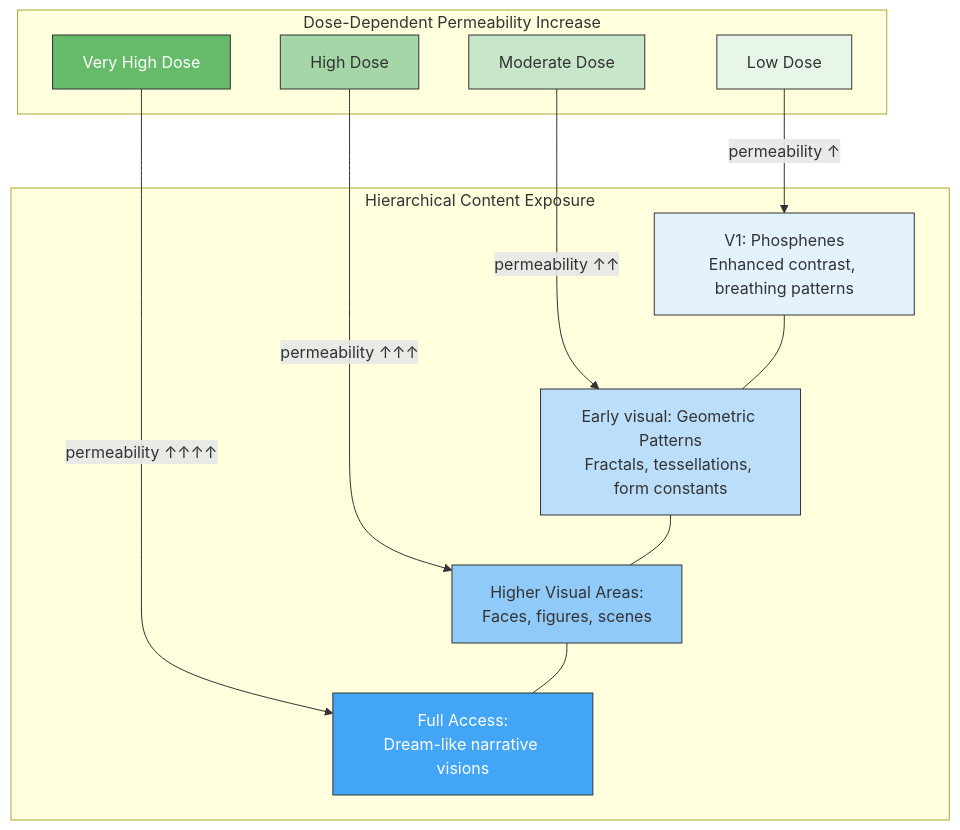
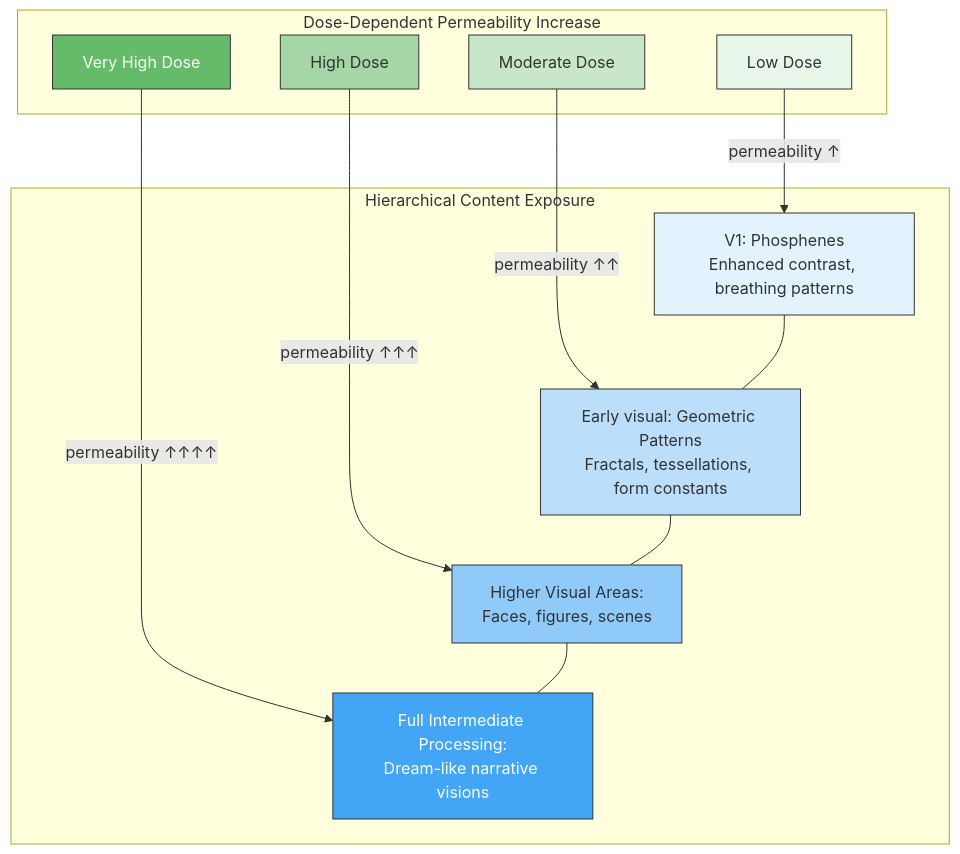
One commit to JeltzProstetnic/aIware changed the diagram in wiki/phenomena/psychedelics.md. Above: the diagram before and after it, drawn with Mermaid. The commit also changed other lines of this file and 489 other files, not shown here.

````diff
--- a/wiki/phenomena/psychedelics.md
+++ b/wiki/phenomena/psychedelics.md
@@ -30,34 +30,34 @@
 ```mermaid
 graph TD
     subgraph "Dose-Dependent Permeability Increase"
         D1["Low Dose"]
         D2["Moderate Dose"]
         D3["High Dose"]
         D4["Very High Dose"]
     end
 
     subgraph "Hierarchical Content Exposure"
         V1["V1: Phosphenes\nEnhanced contrast, breathing patterns"]
         V23["Early visual: Geometric Patterns\nFractals, tessellations, form constants"]
         HV["Higher Visual Areas:\nFaces, figures, scenes"]
-        FULL["Full Access:\nDream-like narrative visions"]
+        FULL["Full Intermediate Processing:\nDream-like narrative visions"]
     end
 
     D1 -->|"permeability ↑"| V1
     D2 -->|"permeability ↑↑"| V23
     D3 -->|"permeability ↑↑↑"| HV
     D4 -->|"permeability ↑↑↑↑"| FULL
 
     V1 --- V23
     V23 --- HV
     HV --- FULL
 
     style D1 fill:#E8F5E9,stroke:#333
     style D2 fill:#C8E6C9,stroke:#333
     style D3 fill:#A5D6A7,stroke:#333
     style D4 fill:#66BB6A,stroke:#333,color:#fff
     style V1 fill:#E3F2FD,stroke:#333
     style V23 fill:#BBDEFB,stroke:#333
     style HV fill:#90CAF9,stroke:#333
     style FULL fill:#42A5F5,stroke:#333,color:#fff
 ```
````
